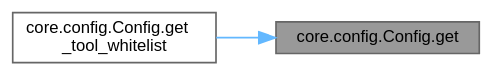
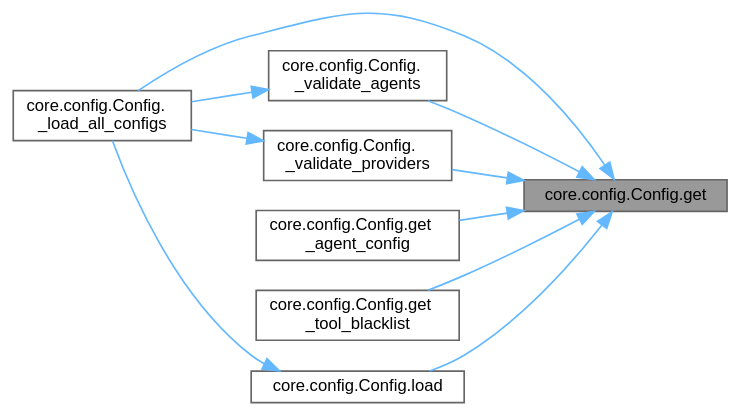
One commit to EdgeOfAssembly/AXE changed the diagram in llm_prep/dot_graphs_doxygen/classcore_1_1config_1_1Config_a2086d06e50e944500379d84900901e11_icgraph.dot. Above: the diagram before and after it, drawn with Graphviz. The commit also changed 1326 other files, not shown here.

```diff
--- a/llm_prep/dot_graphs_doxygen/classcore_1_1config_1_1Config_a2086d06e50e944500379d84900901e11_icgraph.dot
+++ b/llm_prep/dot_graphs_doxygen/classcore_1_1config_1_1Config_a2086d06e50e944500379d84900901e11_icgraph.dot
@@ -1,11 +1,24 @@
 digraph "core.config.Config.get"
 {
  // LATEX_PDF_SIZE
   bgcolor="transparent";
   edge [fontname=Helvetica,fontsize=10,labelfontname=Helvetica,labelfontsize=10];
   node [fontname=Helvetica,fontsize=10,shape=box,height=0.2,width=0.4];
   rankdir="RL";
   Node1 [id="Node000001",label="core.config.Config.get",height=0.2,width=0.4,color="gray40", fillcolor="grey60", style="filled", fontcolor="black",tooltip=" "];
   Node1 -> Node2 [id="edge1_Node000001_Node000002",dir="back",color="steelblue1",style="solid",tooltip=" "];
-  Node2 [id="Node000002",label="core.config.Config.get\l_tool_whitelist",height=0.2,width=0.4,color="grey40", fillcolor="white", style="filled",URL="$classcore_1_1config_1_1Config.html#a3bdd1ab4ba109d2e3ff70c08ac51b978",tooltip=" "];
+  Node2 [id="Node000002",label="core.config.Config.\l_load_all_configs",height=0.2,width=0.4,color="grey40", fillcolor="white", style="filled",URL="$classcore_1_1config_1_1Config.html#ac5be92e39bb246739876929137a505ba",tooltip=" "];
+  Node1 -> Node3 [id="edge2_Node000001_Node000003",dir="back",color="steelblue1",style="solid",tooltip=" "];
+  Node3 [id="Node000003",label="core.config.Config.\l_validate_agents",height=0.2,width=0.4,color="grey40", fillcolor="white", style="filled",URL="$classcore_1_1config_1_1Config.html#a9f1ba4de42dc9cc90e5f572e7f31c077",tooltip=" "];
+  Node3 -> Node2 [id="edge3_Node000003_Node000002",dir="back",color="steelblue1",style="solid",tooltip=" "];
+  Node1 -> Node4 [id="edge4_Node000001_Node000004",dir="back",color="steelblue1",style="solid",tooltip=" "];
+  Node4 [id="Node000004",label="core.config.Config.\l_validate_providers",height=0.2,width=0.4,color="grey40", fillcolor="white", style="filled",URL="$classcore_1_1config_1_1Config.html#a5fa50f5a040bcf962571debbfa0e3219",tooltip=" "];
+  Node4 -> Node2 [id="edge5_Node000004_Node000002",dir="back",color="steelblue1",style="solid",tooltip=" "];
+  Node1 -> Node5 [id="edge6_Node000001_Node000005",dir="back",color="steelblue1",style="solid",tooltip=" "];
+  Node5 [id="Node000005",label="core.config.Config.get\l_agent_config",height=0.2,width=0.4,color="grey40", fillcolor="white", style="filled",URL="$classcore_1_1config_1_1Config.html#abb4a854129d2730f67a7bc3ce19ce16e",tooltip=" "];
+  Node1 -> Node6 [id="edge7_Node000001_Node000006",dir="back",color="steelblue1",style="solid",tooltip=" "];
+  Node6 [id="Node000006",label="core.config.Config.get\l_tool_blacklist",height=0.2,width=0.4,color="grey40", fillcolor="white", style="filled",URL="$classcore_1_1config_1_1Config.html#adf7ac49a1f5155a422a203324af6ce72",tooltip=" "];
+  Node1 -> Node7 [id="edge8_Node000001_Node000007",dir="back",color="steelblue1",style="solid",tooltip=" "];
+  Node7 [id="Node000007",label="core.config.Config.load",height=0.2,width=0.4,color="grey40", fillcolor="white", style="filled",URL="$classcore_1_1config_1_1Config.html#ada9632580f9c8bcc926c131b38ddacae",tooltip=" "];
+  Node7 -> Node2 [id="edge9_Node000007_Node000002",dir="back",color="steelblue1",style="solid",tooltip=" "];
 }
```
